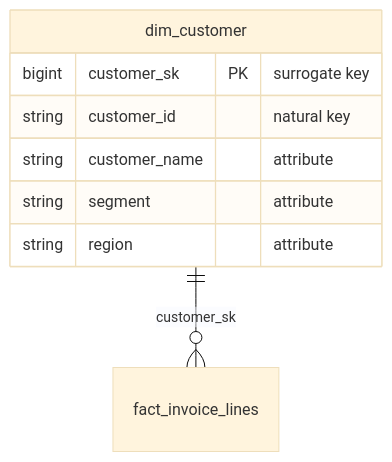
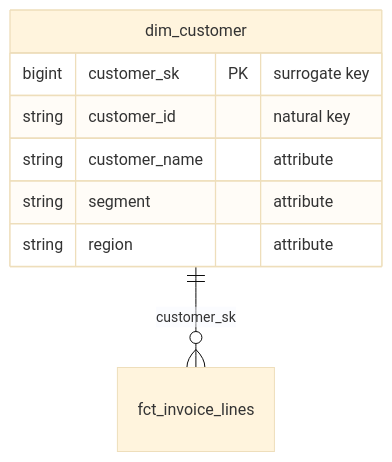
One commit to dyvenia/dim-modelling-docs changed the diagram in src/concepts/dimension.md. Above: the diagram before and after it, drawn with Mermaid (base theme). The commit also changed 8 other files, not shown here.

Commit message:
🎨 Align fact prefix to `fct_` in the remaining 9 pages

````diff
--- a/src/concepts/dimension.md
+++ b/src/concepts/dimension.md
@@ -27,11 +27,11 @@
 ```mermaid
 erDiagram
-    dim_customer ||--o{ fact_invoice_lines : "customer_sk"
+    dim_customer ||--o{ fct_invoice_lines : "customer_sk"
     dim_customer {
         bigint customer_sk PK "surrogate key"
         string customer_id "natural key"
         string customer_name "attribute"
         string segment "attribute"
         string region "attribute"
     }
 ```
````
